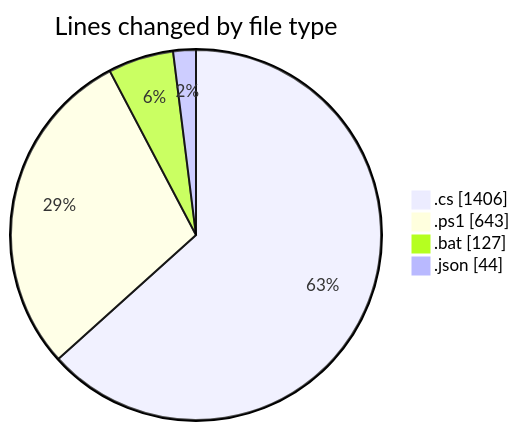
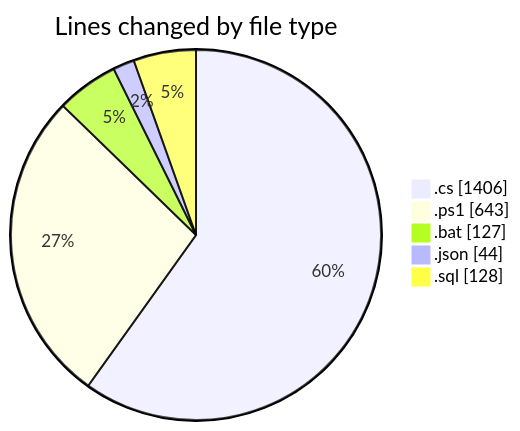
The first of 2 diagrams in 2025-07-28/quanlyrapchieuphim-2/README.md (lephambinh05/code-tracking), drawn with Mermaid before and after one commit. The commit also changed other lines of this file and 1 other file, not shown here.

````diff
--- a/2025-07-28/quanlyrapchieuphim-2/README.md
+++ b/2025-07-28/quanlyrapchieuphim-2/README.md
@@ -30,8 +31,9 @@
 ```mermaid
 pie showData
 title Lines changed by file type
 ".cs" : 1406
 ".ps1" : 643
 ".bat" : 127
 ".json" : 44
+".sql" : 128
 ```
````
